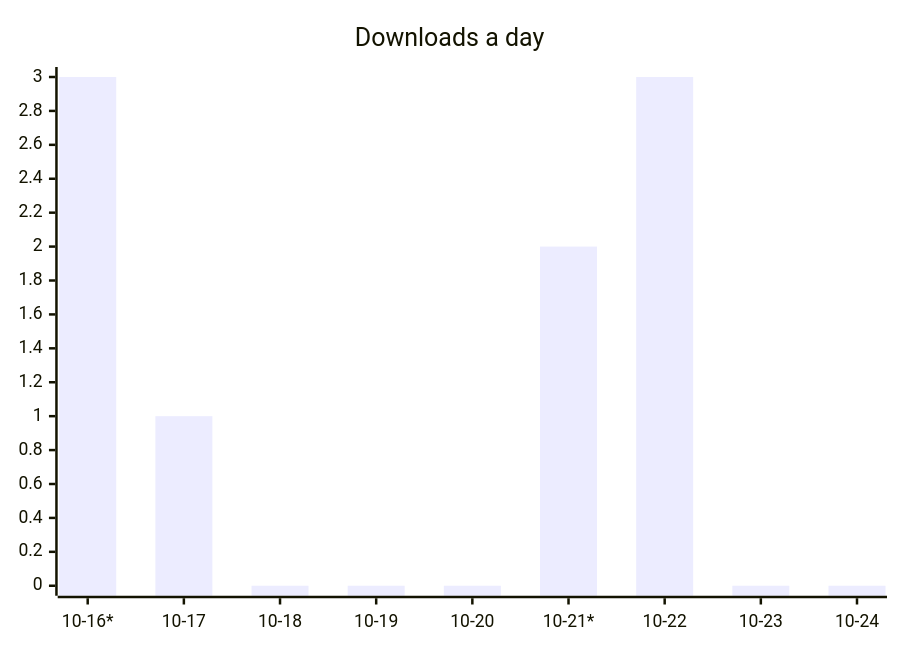
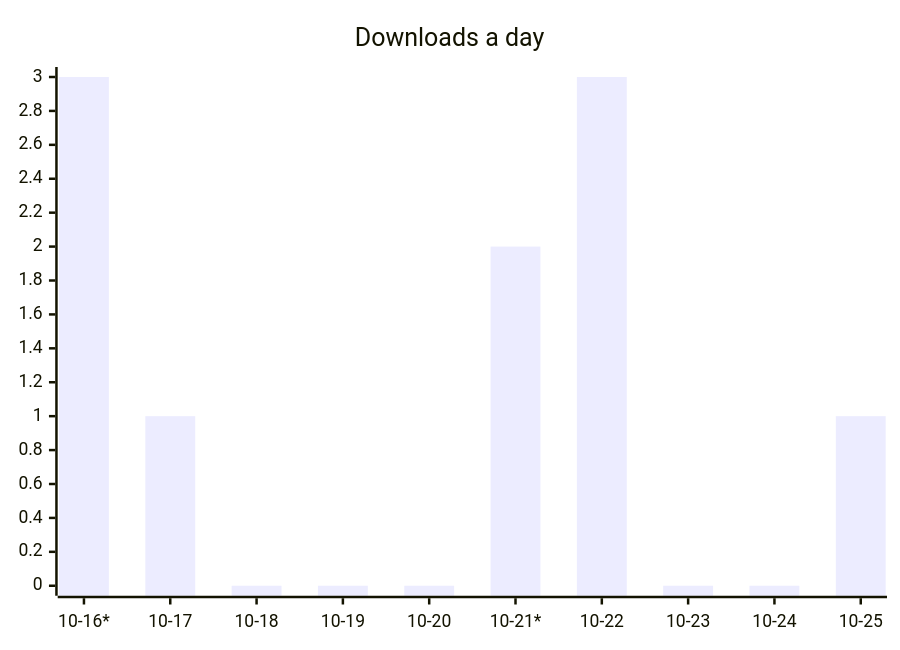
The first of 3 diagrams in README.md (ArtemkaGoldMan/ContextSwitcher), drawn with Mermaid before and after one commit. The commit also changed other lines of this file and 6 other files, not shown here.

````diff
--- a/README.md
+++ b/README.md
@@ -30,6 +30,6 @@
 ```mermaid
 xychart-beta
     title "Downloads a day"
-    x-axis ["10-16*", "10-17", "10-18", "10-19", "10-20", "10-21*", "10-22", "10-23", "10-24"]
-    bar [3, 1, 0, 0, 0, 2, 3, 0, 0]
+    x-axis ["10-16*", "10-17", "10-18", "10-19", "10-20", "10-21*", "10-22", "10-23", "10-24", "10-25"]
+    bar [3, 1, 0, 0, 0, 2, 3, 0, 0, 1]
 ```
````
